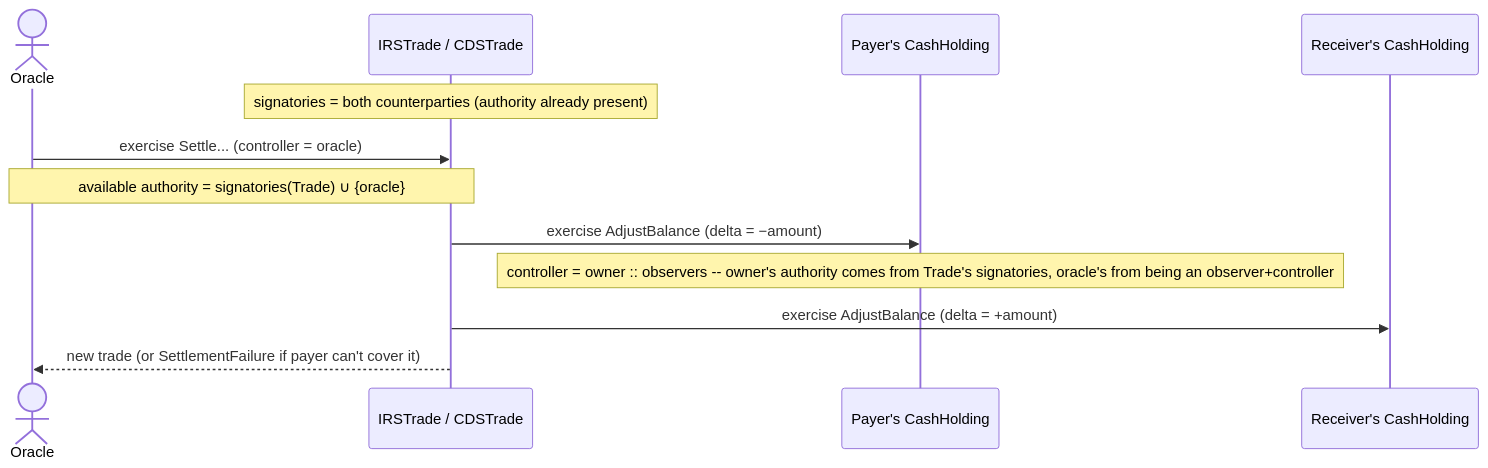
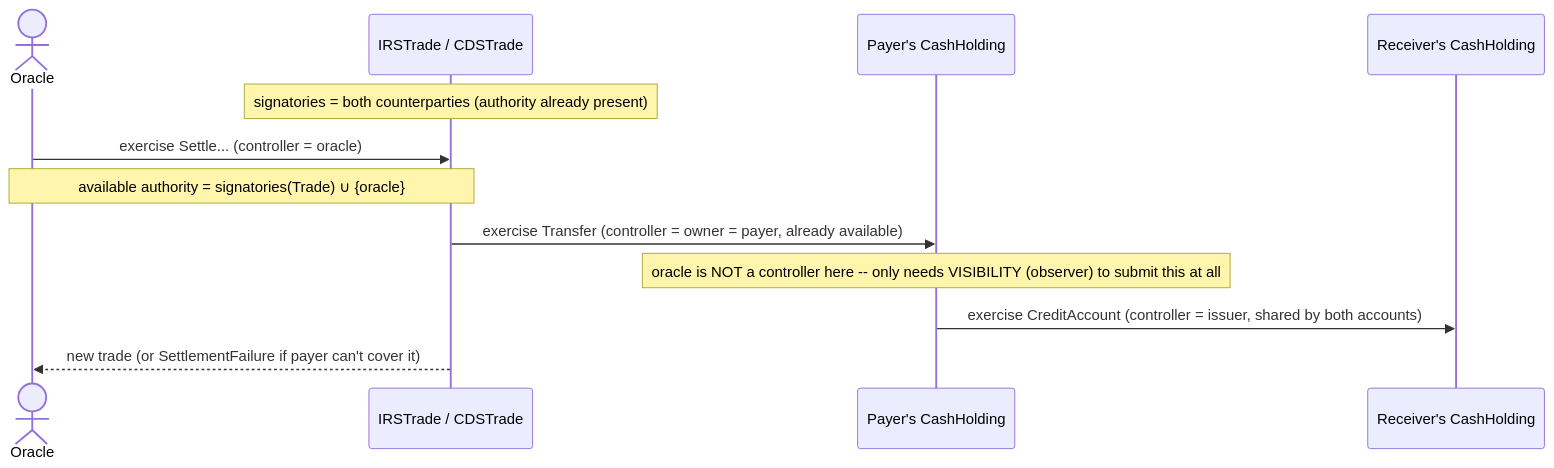
The second of 3 diagrams in ARCHITECTURE.md (olegabu/daml-swaps), drawn with Mermaid before and after one commit. The commit also changed other lines of this file and 3 other files, not shown here.

````diff
--- a/ARCHITECTURE.md
+++ b/ARCHITECTURE.md
@@ -377,15 +450,15 @@
 ```mermaid
 sequenceDiagram
     actor Oracle
     participant Trade as IRSTrade / CDSTrade
     participant PayerCash as Payer's CashHolding
     participant ReceiverCash as Receiver's CashHolding
 
     Note over Trade: signatories = both counterparties (authority already present)
     Oracle->>Trade: exercise Settle... (controller = oracle)
     Note over Oracle,Trade: available authority = signatories(Trade) ∪ {oracle}
-    Trade->>PayerCash: exercise AdjustBalance (delta = −amount)
-    Note over PayerCash: controller = owner :: observers -- owner's authority comes from Trade's signatories, oracle's from being an observer+controller
-    Trade->>ReceiverCash: exercise AdjustBalance (delta = +amount)
+    Trade->>PayerCash: exercise Transfer (controller = owner = payer, already available)
+    Note over PayerCash: oracle is NOT a controller here -- only needs VISIBILITY (observer) to submit this at all
+    PayerCash->>ReceiverCash: exercise CreditAccount (controller = issuer, shared by both accounts)
     Trade-->>Oracle: new trade (or SettlementFailure if payer can't cover it)
 ```
````
